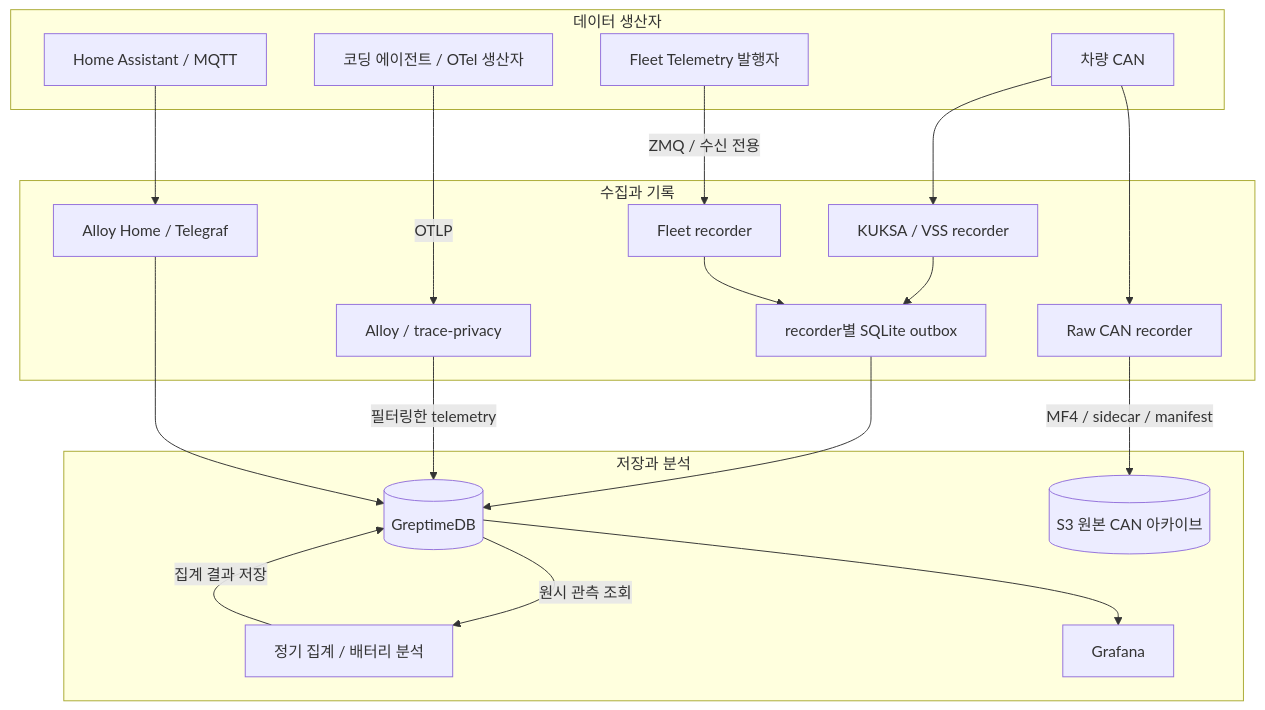
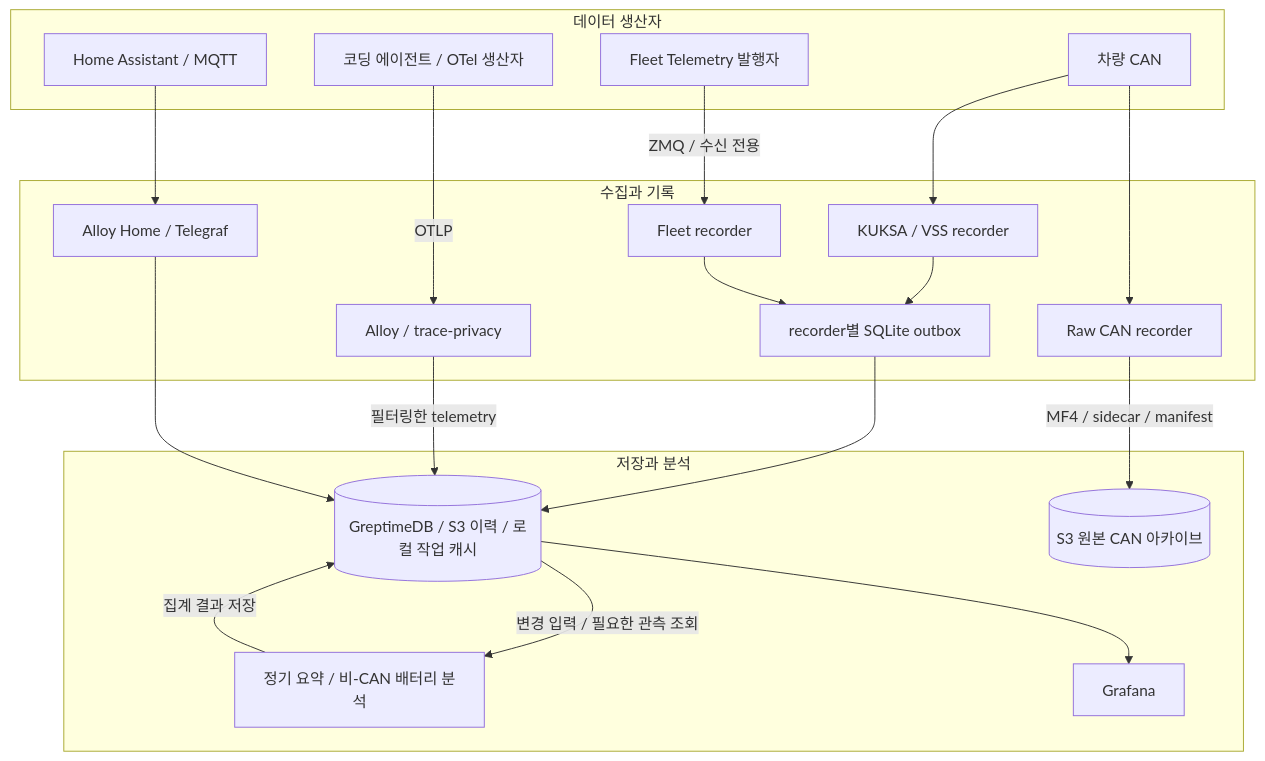
The first of 2 diagrams in README.md (ddarkr/datalake), drawn with Mermaid before and after one commit. The commit also changed other lines of this file and 8 other files, not shown here.

````diff
--- a/README.md
+++ b/README.md
@@ -23,42 +25,42 @@
 ```mermaid
 flowchart TB
     accTitle: 데이터 수집과 저장 흐름
-    accDescr: 코딩 에이전트와 홈 센서, 차량 수집기가 GreptimeDB로 데이터를 보내고 정기 집계와 Grafana가 이를 조회합니다. CAN 원본은 별도 S3 아카이브로 보관합니다.
+    accDescr: 코딩 에이전트와 홈 센서, 차량 수집기가 GreptimeDB로 데이터를 보내고 Grafana가 이를 조회합니다. 서버는 정기 요약과 조건을 충족하는 비-CAN 배터리 분석을 실행합니다. DB는 S3 이력과 제한된 로컬 작업 캐시를 사용하며 자동 컴팩션을 수행합니다. CAN 원본은 별도 S3 아카이브로 보관합니다.
     subgraph inputs[데이터 생산자]
         agents[코딩 에이전트 / OTel 생산자]
         home[Home Assistant / MQTT]
         can[차량 CAN]
         fleet[Fleet Telemetry 발행자]
     end
 
     subgraph collectors[수집과 기록]
         otel[Alloy / trace-privacy]
         sensors[Alloy Home / Telegraf]
         vss[KUKSA / VSS recorder]
         raw[Raw CAN recorder]
         fleetrec[Fleet recorder]
         outbox[recorder별 SQLite outbox]
     end
 
     subgraph lake[저장과 분석]
-        db[(GreptimeDB)]
+        db[(GreptimeDB / S3 이력 / 로컬 작업 캐시)]
         archive[(S3 원본 CAN 아카이브)]
-        aggregate[정기 집계 / 배터리 분석]
+        aggregate[정기 요약 / 비-CAN 배터리 분석]
         grafana[Grafana]
     end
 
     agents -->|OTLP| otel
     home --> sensors
     can --> vss
     can --> raw
     fleet -->|ZMQ / 수신 전용| fleetrec
     vss --> outbox
     fleetrec --> outbox
     outbox --> db
     otel -->|필터링한 telemetry| db
     sensors --> db
     raw -->|MF4 / sidecar / manifest| archive
-    db -->|원시 관측 조회| aggregate
+    db -->|변경 입력 / 필요한 관측 조회| aggregate
     aggregate -->|집계 결과 저장| db
     db --> grafana
 ```
````
